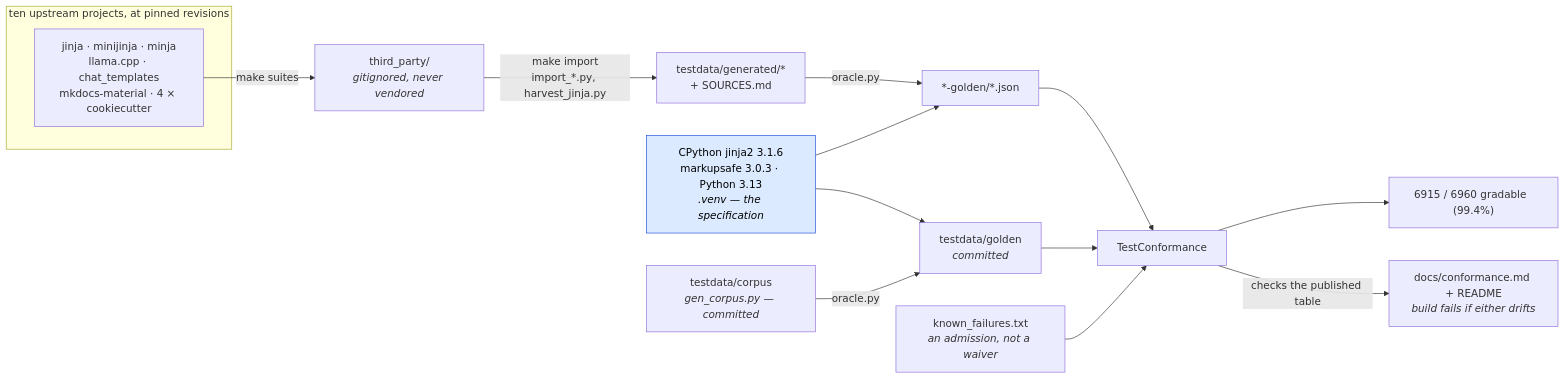
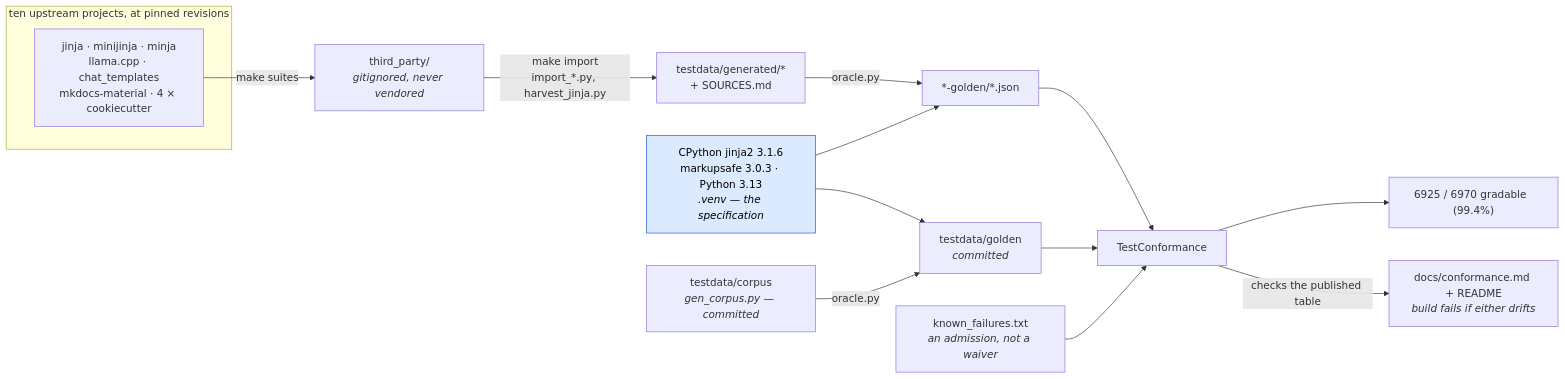
Before and after one commit to mgilbir/gojja2: the first of 2 diagrams in docs/conformance.md, drawn with Mermaid. The commit also changed other lines of this file and 35 other files, not shown here.

````diff
--- a/docs/conformance.md
+++ b/docs/conformance.md
@@ -17,24 +17,24 @@
 ```mermaid
 flowchart LR
     subgraph up["ten upstream projects, at pinned revisions"]
         U1["jinja · minijinja · minja<br/>llama.cpp · chat_templates<br/>mkdocs-material · 4 × cookiecutter"]
     end
     U1 -->|"make suites"| TP["third_party/<br/><i>gitignored, never vendored</i>"]
     TP -->|"make import<br/>import_*.py, harvest_jinja.py"| GEN["testdata/generated/*<br/>+ SOURCES.md"]
 
     ORA["CPython jinja2 3.1.6<br/>markupsafe 3.0.3 · Python 3.13<br/><i>.venv — the specification</i>"]
     GEN -->|"oracle.py"| G2["*-golden/*.json"]
     ORA --> G2
 
     OWN["testdata/corpus<br/><i>gen_corpus.py — committed</i>"] -->|"oracle.py"| G1["testdata/golden<br/><i>committed</i>"]
     ORA --> G1
 
     G1 --> TC["TestConformance"]
     G2 --> TC
     KF["known_failures.txt<br/><i>an admission, not a waiver</i>"] --> TC
-    TC --> RATE["6915 / 6960 gradable  (99.4%)"]
+    TC --> RATE["6925 / 6970 gradable  (99.4%)"]
     TC -->|"checks the published table"| RM["docs/conformance.md + README<br/><i>build fails if either drifts</i>"]
 
     classDef spec fill:#dbeafe,stroke:#1d4ed8,color:#000
     class ORA spec
 ```
````
